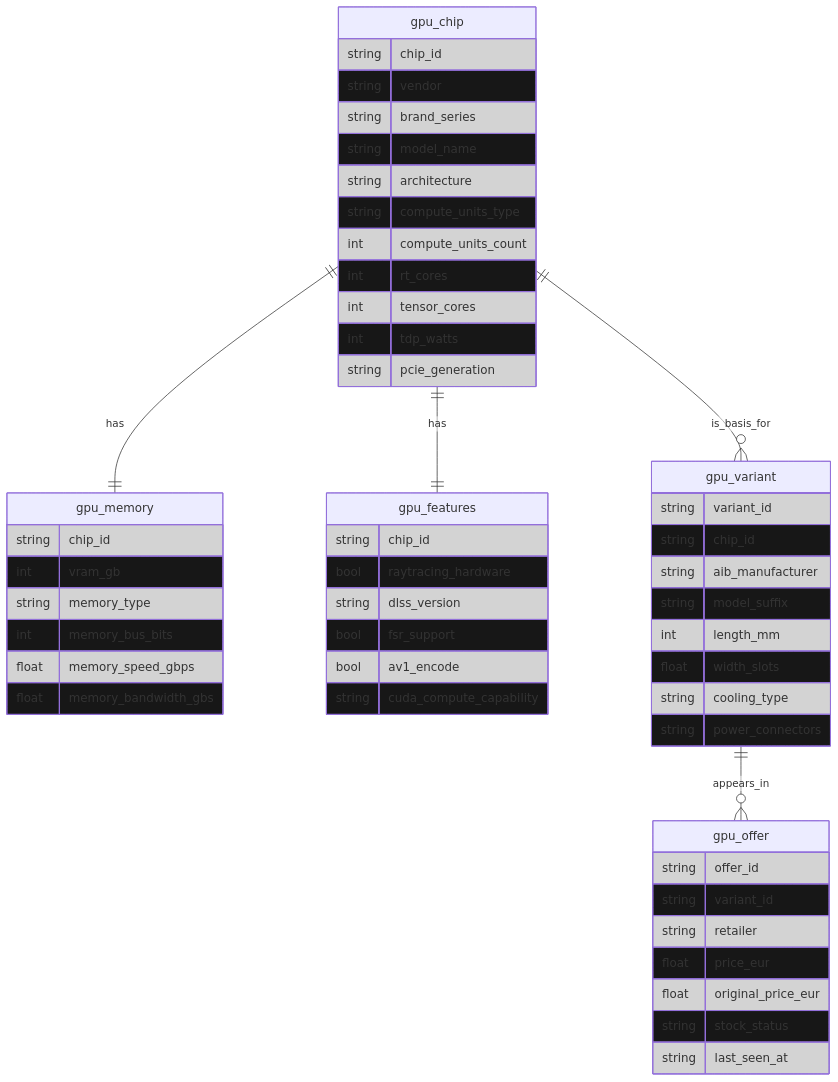
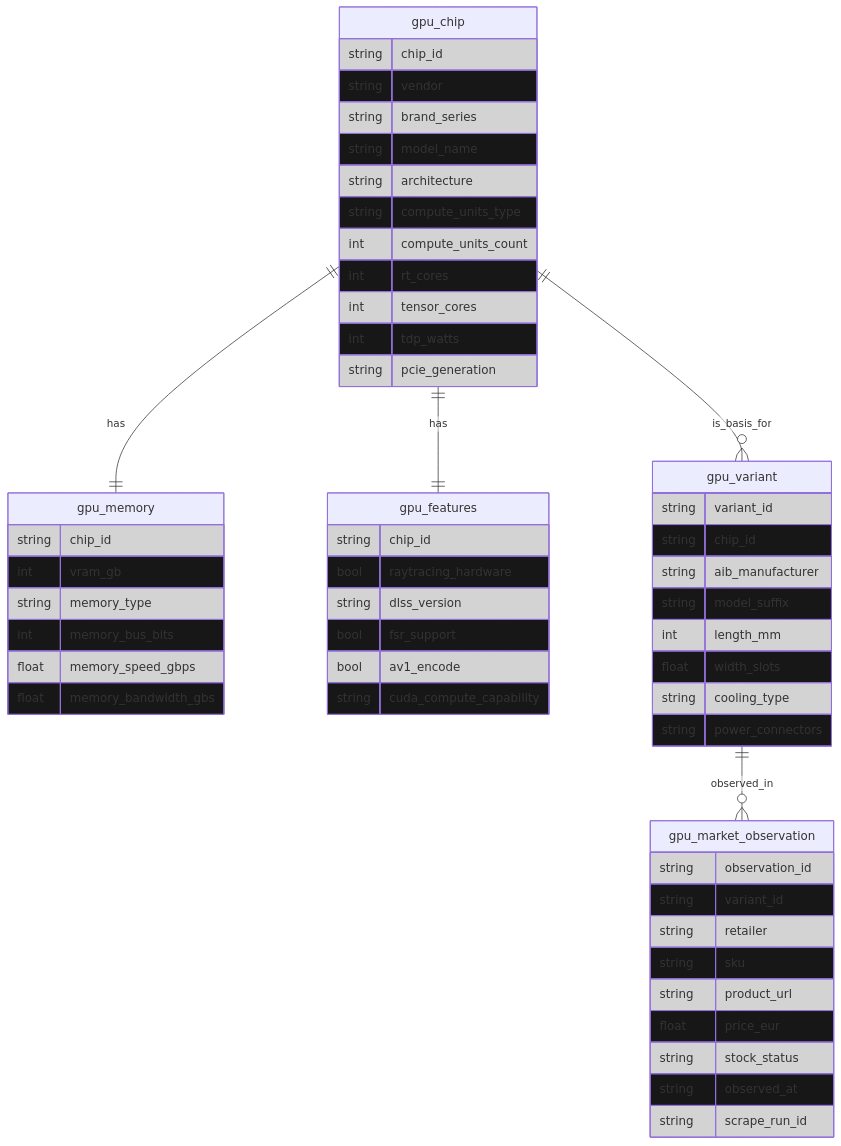
One commit to edunavata/gpu-bd changed the diagram in domain/gpu/silver.md. Above: the diagram before and after it, drawn with Mermaid. The commit also changed other lines of this file and 18 other files, not shown here.

Commit message:
Add initial database schema, views, and migration scripts for GPU domain

````diff
--- a/domain/gpu/silver.md
+++ b/domain/gpu/silver.md
@@ -29,71 +24,73 @@
 ```mermaid
 %%{init: {
   "theme": "default",
   "themeVariables": {
     "primaryColor": "#141414ff",
     "primaryTextColor": "#000000",
     "primaryBorderColor": "#333333",
     "lineColor": "#333333",
     "secondaryColor": "#f5f5f5",
     "tertiaryColor": "#ffffff"
   }
 }}%%
 erDiagram
     gpu_chip ||--|| gpu_memory : has
     gpu_chip ||--|| gpu_features : has
     gpu_chip ||--o{ gpu_variant : is_basis_for
-    gpu_variant ||--o{ gpu_offer : appears_in
+    gpu_variant ||--o{ gpu_market_observation : observed_in
 
     gpu_chip {
         string chip_id
         string vendor
         string brand_series
         string model_name
         string architecture
         string compute_units_type
         int compute_units_count
         int rt_cores
         int tensor_cores
         int tdp_watts
         string pcie_generation
     }
 
     gpu_memory {
         string chip_id
         int vram_gb
         string memory_type
         int memory_bus_bits
         float memory_speed_gbps
         float memory_bandwidth_gbs
     }
 
     gpu_features {
         string chip_id
         bool raytracing_hardware
         string dlss_version
         bool fsr_support
         bool av1_encode
         string cuda_compute_capability
     }
 
     gpu_variant {
         string variant_id
         string chip_id
         string aib_manufacturer
         string model_suffix
         int length_mm
         float width_slots
         string cooling_type
         string power_connectors
     }
 
-    gpu_offer {
-        string offer_id
+    gpu_market_observation {
+        string observation_id
         string variant_id
         string retailer
+        string sku
+        string product_url
         float price_eur
-        float original_price_eur
         string stock_status
-        string last_seen_at
+        string observed_at
+        string scrape_run_id
     }
 ```
````
